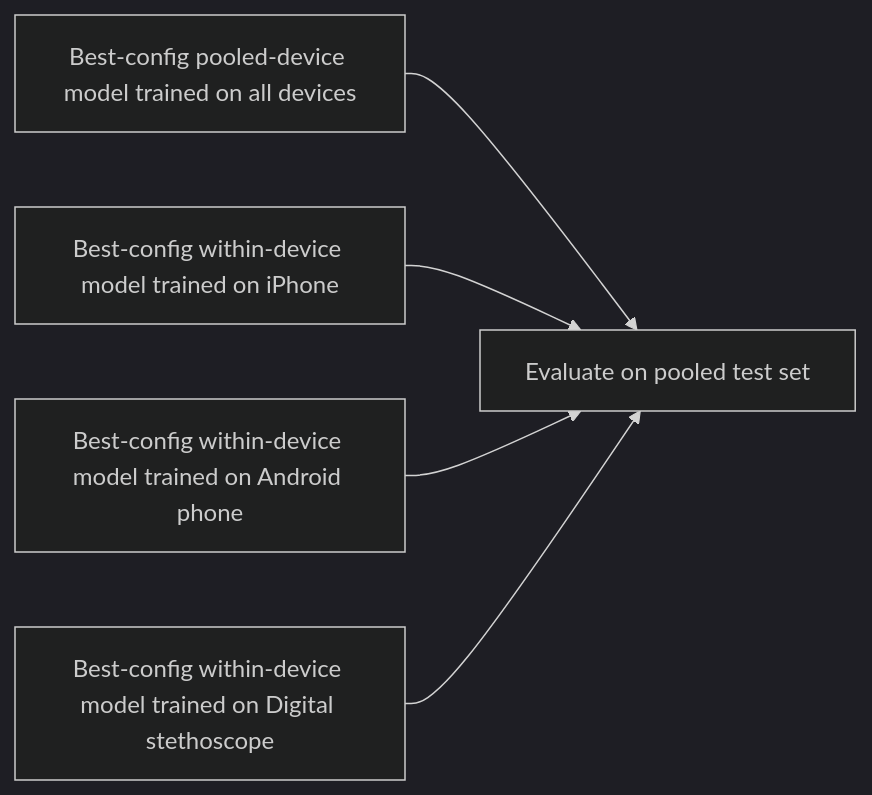
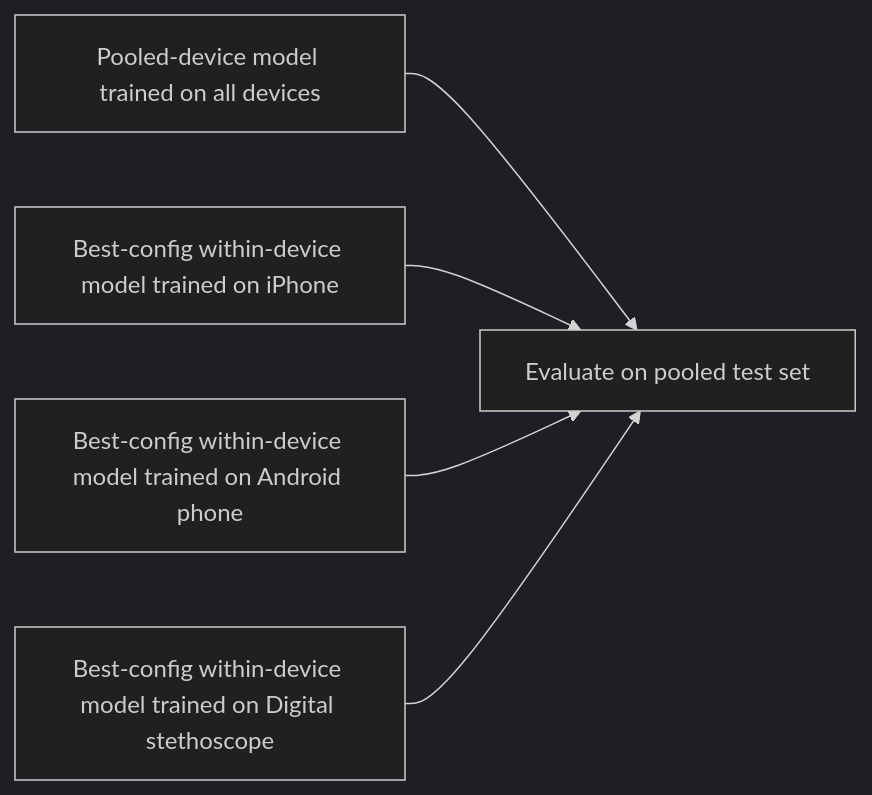
Before and after one commit to anywheredoor/phonocardiogram-lvef-deeplearning: the fifth of 5 diagrams in README.md, drawn with Mermaid (dark theme). The commit also changed other lines of this file, not shown here.

````diff
--- a/README.md
+++ b/README.md
@@ -147,7 +147,7 @@
 ```mermaid
 flowchart LR
-    A["Best-config pooled-device model trained on all devices"] --> E["Evaluate on pooled test set"]
+    A["Pooled-device model trained on all devices"] --> E["Evaluate on pooled test set"]
     B["Best-config within-device model trained on iPhone"] --> E
     C["Best-config within-device model trained on Android phone"] --> E
     D["Best-config within-device model trained on Digital stethoscope"] --> E
 ```
````
